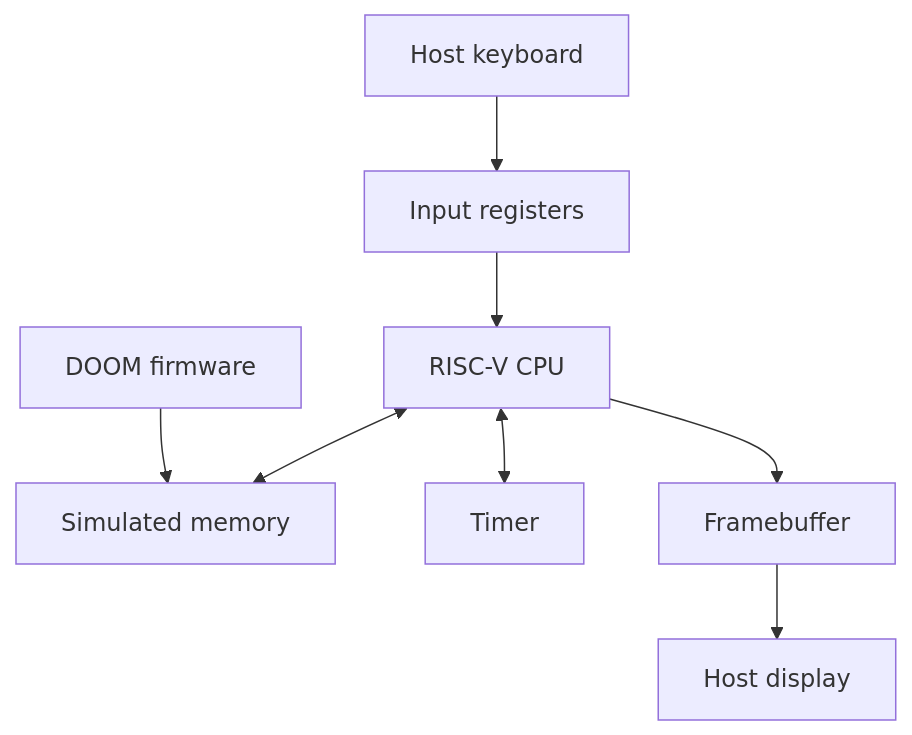
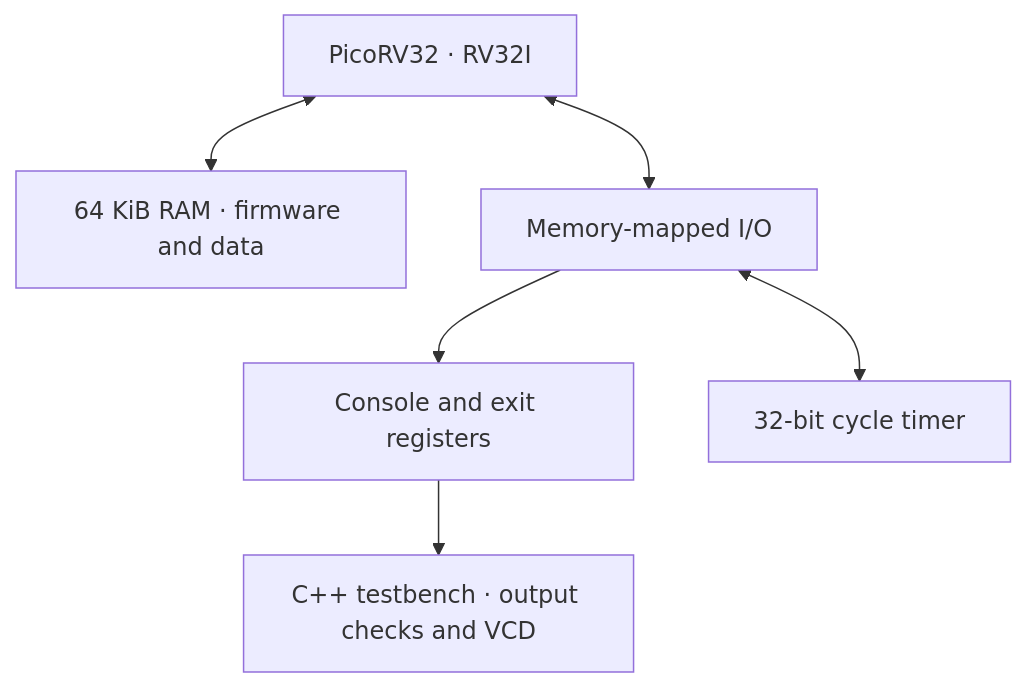
One commit to Fereydun433/doom-riscv-fpga-lab changed the diagram in README.md. Above: the diagram before and after it, drawn with Mermaid. The commit also changed other lines of this file, not shown here.

Commit message:
Document architecture, verified milestones and DOOM roadmap

````diff
--- a/README.md
+++ b/README.md
@@ -67,10 +47,8 @@
 ```mermaid
-flowchart TB
-    Game["DOOM firmware"] --> RAM["Simulated memory"]
-    CPU["RISC-V CPU"] <--> RAM
-    CPU <--> Timer["Timer"]
-    Keys["Host keyboard"] --> Input["Input registers"]
-    Input --> CPU
-    CPU --> FB["Framebuffer"]
-    FB --> Display["Host display"]
+flowchart TD
+    CPU["PicoRV32 · RV32I"] <--> RAM["64 KiB RAM · firmware and data"]
+    CPU <--> MMIO["Memory-mapped I/O"]
+    MMIO --> Console["Console and exit registers"]
+    MMIO <--> Timer["32-bit cycle timer"]
+    Console --> TB["C++ testbench · output checks and VCD"]
 ```
````
